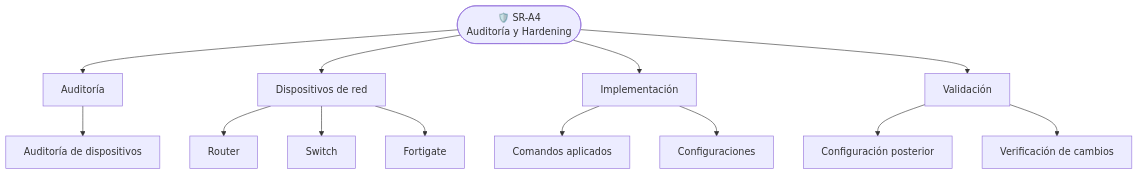
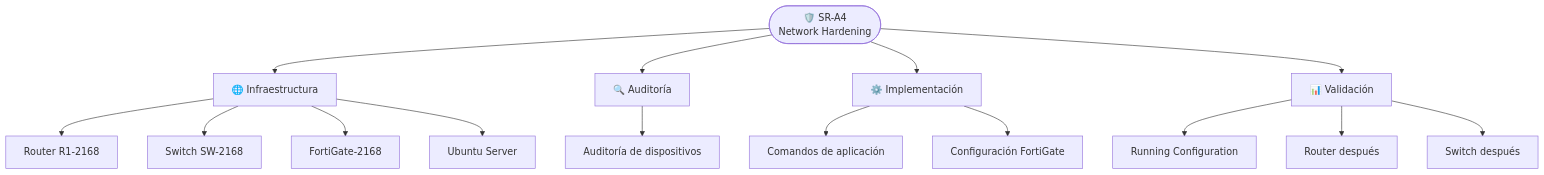
Before and after one commit to sebas533/SR--A4: the second of 2 diagrams in README.md, drawn with Mermaid. The commit also changed other lines of this file, not shown here.

````diff
--- a/README.md
+++ b/README.md
@@ -60,27 +144,33 @@
 ```mermaid
 flowchart TD
-    A(["🛡️ SR-A4<br/>Auditoría y Hardening"]) --> B["Auditoría"]
-    A --> C["Dispositivos de red"]
-    A --> D["Implementación"]
-    A --> E["Validación"]
+    A(["🛡️ SR-A4<br/>Network Hardening"])
 
-    B --> F["Auditoría de dispositivos"]
-    C --> G["Router"]
-    C --> H["Switch"]
-    C --> I["Fortigate"]
+    A --> B["🌐 Infraestructura"]
+    A --> C["🔍 Auditoría"]
+    A --> D["⚙️ Implementación"]
+    A --> E["📊 Validación"]
 
-    D --> J["Comandos aplicados"]
-    D --> K["Configuraciones"]
+    B --> F["Router R1-2168"]
+    B --> G["Switch SW-2168"]
+    B --> H["FortiGate-2168"]
+    B --> I["Ubuntu Server"]
 
-    E --> L["Configuración posterior"]
-    E --> M["Verificación de cambios"]
+    C --> J["Auditoría de dispositivos"]
 
-    click F "./a4img/audit a dispositivos incumplimiento.png" "Consultar auditoría"
-    click G "./a4img/RO.png" "Ver evidencia del router"
-    click H "./a4img/SW.png" "Ver evidencia del switch"
-    click I "./a4img/fortigate.png" "Ver evidencia Fortigate"
-    click J "./a4img/coamndo para aplicar.png" "Ver comandos aplicados"
-    click K "./a4img/ls running config.png" "Ver configuración"
-    click L "./informes/router despues.txt" "Consultar router después"
-    click M "./informes/sw despues.txt" "Consultar switch después"
+    D --> K["Comandos de aplicación"]
+    D --> L["Configuración FortiGate"]
+
+    E --> M["Running Configuration"]
+    E --> N["Router después"]
+    E --> O["Switch después"]
+
+    click F "./a4img/RO.png" "Evidencia del router"
+    click G "./a4img/SW.png" "Evidencia del switch"
+    click H "./a4img/fortigate.png" "Evidencia del Fortigate"
+    click J "./a4img/audit%20a%20dispositivos%20incumplimiento.png" "Auditoría"
+    click K "./a4img/coamndo%20para%20aplicar.png" "Comandos"
+    click L "./a4img/set%20allowaccess%20ping.png" "Acceso Fortigate"
+    click M "./a4img/ls%20running%20config.png" "Running Configuration"
+    click N "./informes/router%20despues.txt" "Router después"
+    click O "./informes/sw%20despues.txt" "Switch después"
 ```
````
